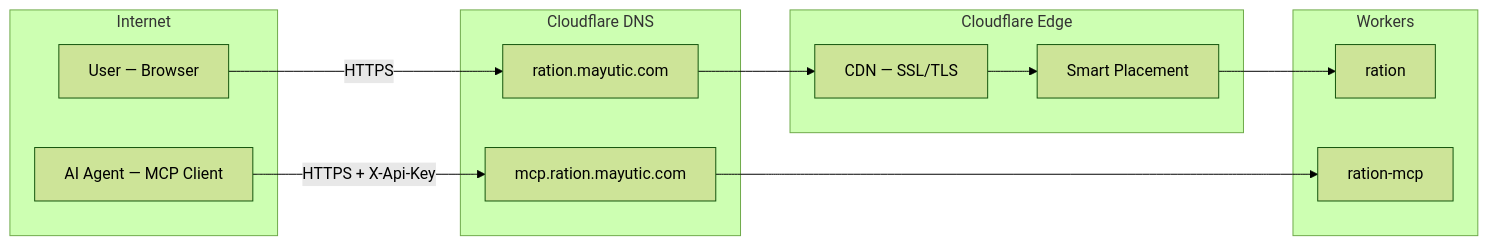
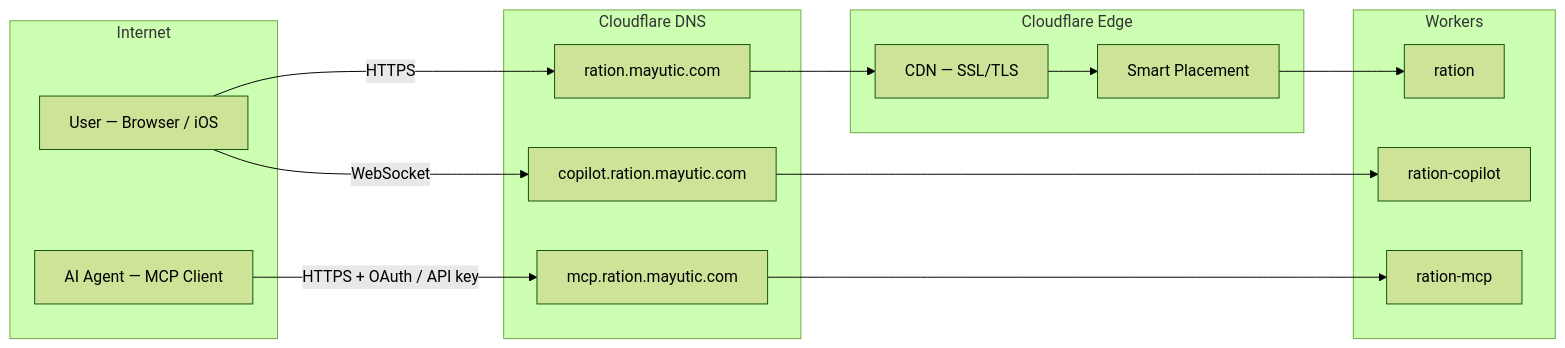
One commit to bjamesdowning/ration-mirror changed the first of 24 diagrams in README.md. Above: the diagram before and after it, drawn with Mermaid (forest theme). The commit also changed other lines of this file and 28 other files, not shown here.

````diff
--- a/README.md
+++ b/README.md
@@ -61,27 +62,31 @@
 ```mermaid
 flowchart LR
     subgraph Internet["Internet"]
-        User["User — Browser"]
+        User["User — Browser / iOS"]
         AIAgent["AI Agent — MCP Client"]
     end
 
     subgraph DNS["Cloudflare DNS"]
         CustomDomain["ration.mayutic.com"]
         McpDomain["mcp.ration.mayutic.com"]
+        CopilotDomain["copilot.ration.mayutic.com"]
     end
 
     subgraph Edge["Cloudflare Edge"]
         CDN["CDN — SSL/TLS"]
         SmartPlacement["Smart Placement"]
     end
 
     subgraph Workers["Workers"]
         Worker["ration"]
         McpHandler["ration-mcp"]
+        CopilotHandler["ration-copilot"]
     end
 
     User -->|HTTPS| CustomDomain
-    AIAgent -->|HTTPS + X-Api-Key| McpDomain
+    User -->|WebSocket| CopilotDomain
+    AIAgent -->|HTTPS + OAuth / API key| McpDomain
     CustomDomain --> CDN --> SmartPlacement --> Worker
     McpDomain --> McpHandler
+    CopilotDomain --> CopilotHandler
 ```
````
